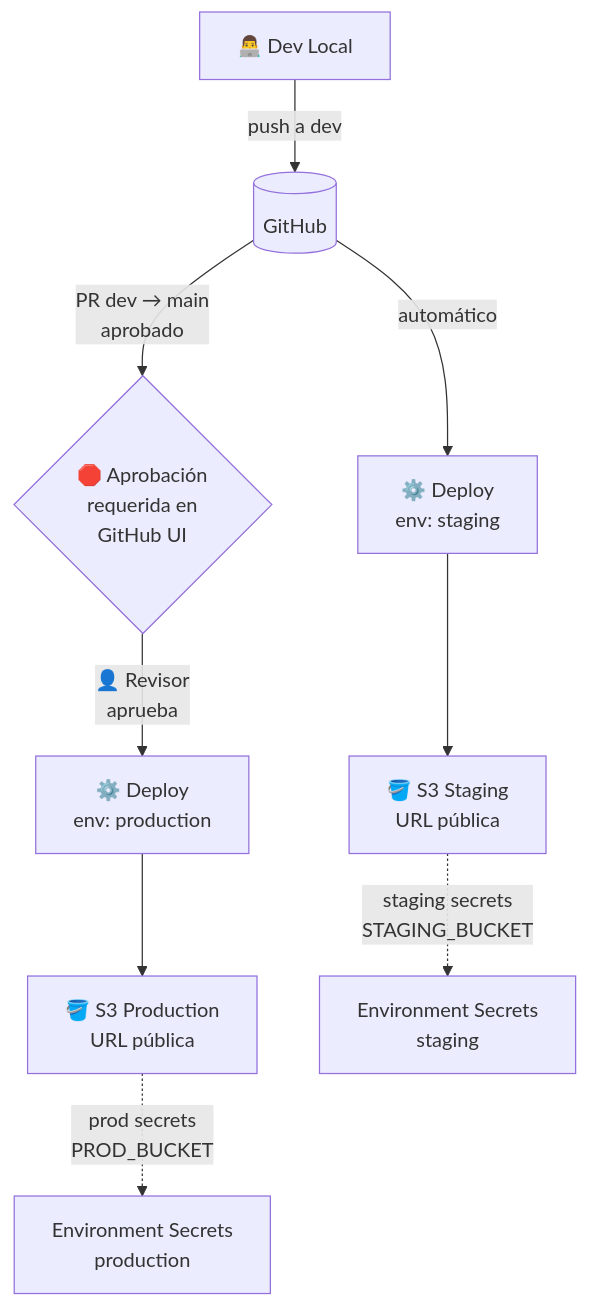
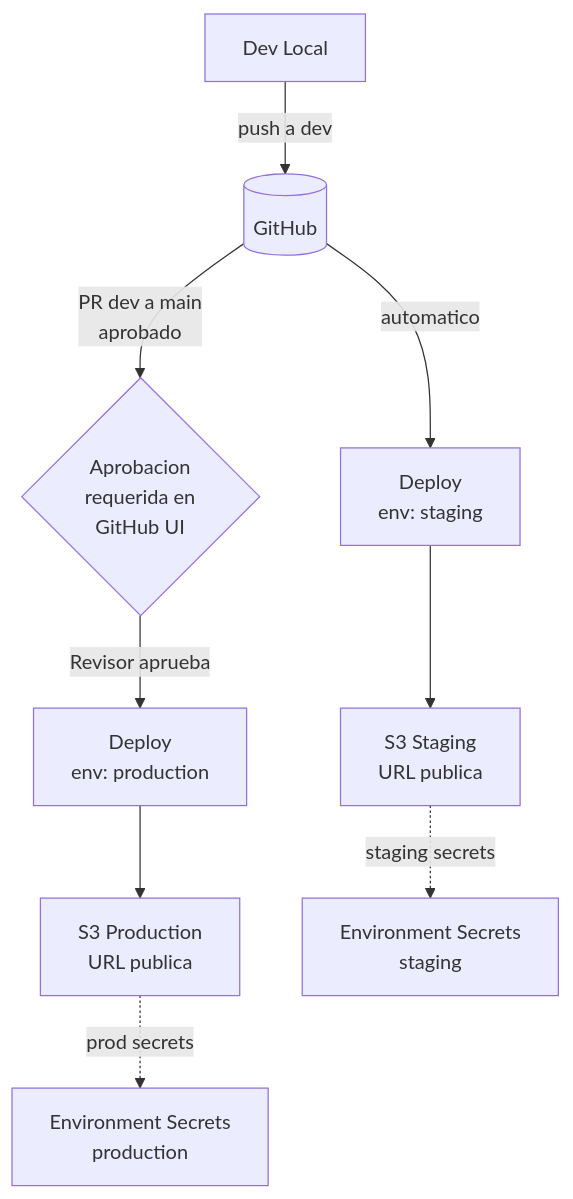
The diagram in caso-04-environments-approvals/README.md (vladimiracunadev-create/proyectos-aws), drawn with Mermaid before and after one commit. The commit also changed 13 other files, not shown here.

First line of the commit message:
fix: corregir diagramas Mermaid + crear AWS_PASO_A_PASO para casos 01 y 02

````diff
--- a/caso-04-environments-approvals/README.md
+++ b/caso-04-environments-approvals/README.md
@@ -32,13 +32,13 @@
 ```mermaid
 flowchart TB
-    DEV[👨‍💻 Dev Local] -->|push a dev| GH[(GitHub)]
-    GH -->|automático| STG[⚙️ Deploy\nenv: staging]
-    STG --> S3_STG[🪣 S3 Staging\nURL pública]
+    DEV[Dev Local] -->|push a dev| GH[(GitHub)]
+    GH -->|automatico| STG[Deploy\nenv: staging]
+    STG --> S3_STG[S3 Staging\nURL publica]
 
-    GH -->|PR dev → main\naprobado| GATE{🛑 Aprobación\nrequerida en\nGitHub UI}
-    GATE -->|👤 Revisor\naprueba| PRD[⚙️ Deploy\nenv: production]
-    PRD --> S3_PRD[🪣 S3 Production\nURL pública]
+    GH -->|PR dev a main\naprobado| GATE{Aprobacion\nrequerida en\nGitHub UI}
+    GATE -->|Revisor aprueba| PRD[Deploy\nenv: production]
+    PRD --> S3_PRD[S3 Production\nURL publica]
 
-    S3_STG -.->|staging secrets\nSTAGING_BUCKET| ENV_S[Environment Secrets\nstaging]
-    S3_PRD -.->|prod secrets\nPROD_BUCKET| ENV_P[Environment Secrets\nproduction]
+    S3_STG -.->|staging secrets| ENV_S[Environment Secrets\nstaging]
+    S3_PRD -.->|prod secrets| ENV_P[Environment Secrets\nproduction]
 ```
````
